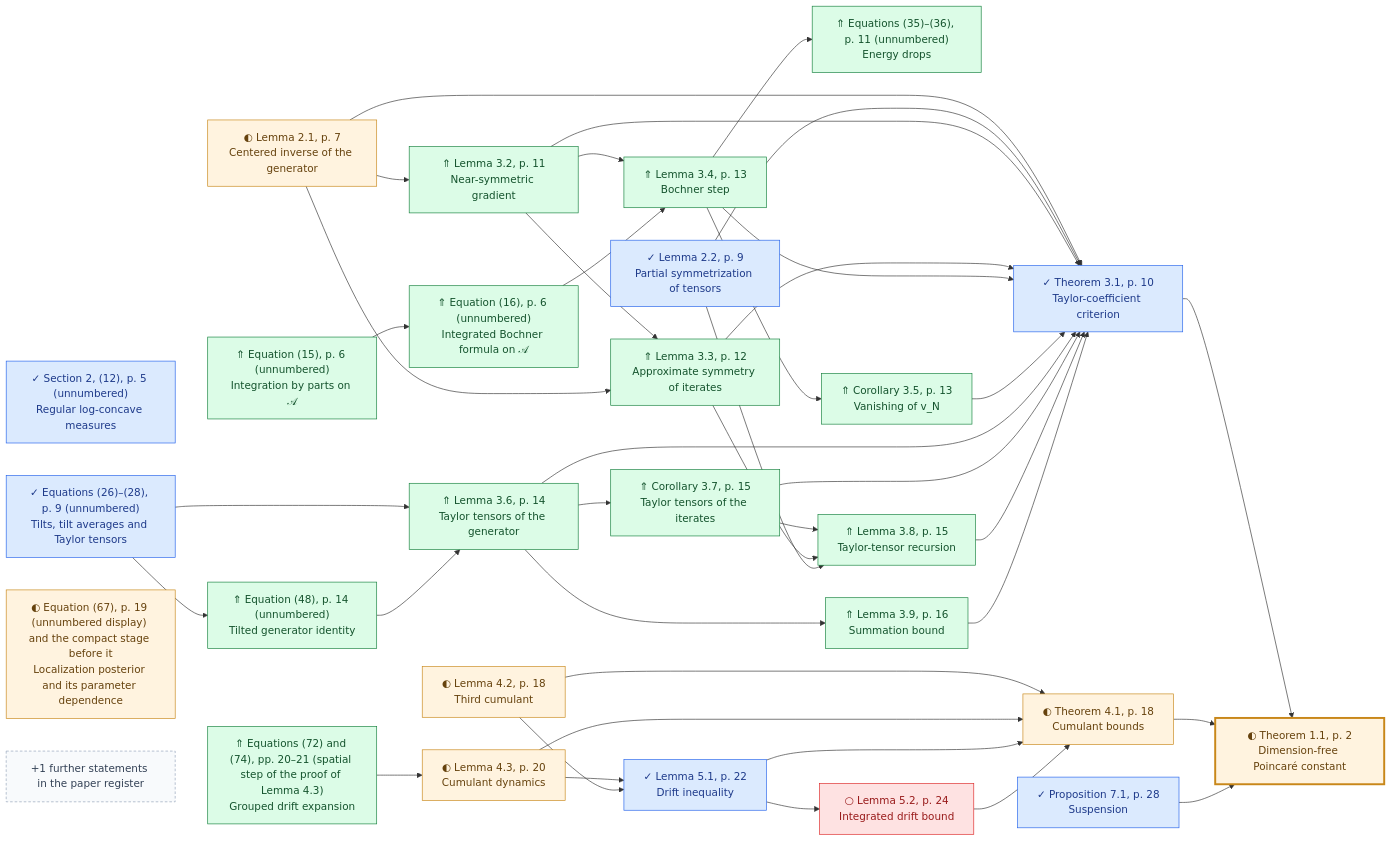
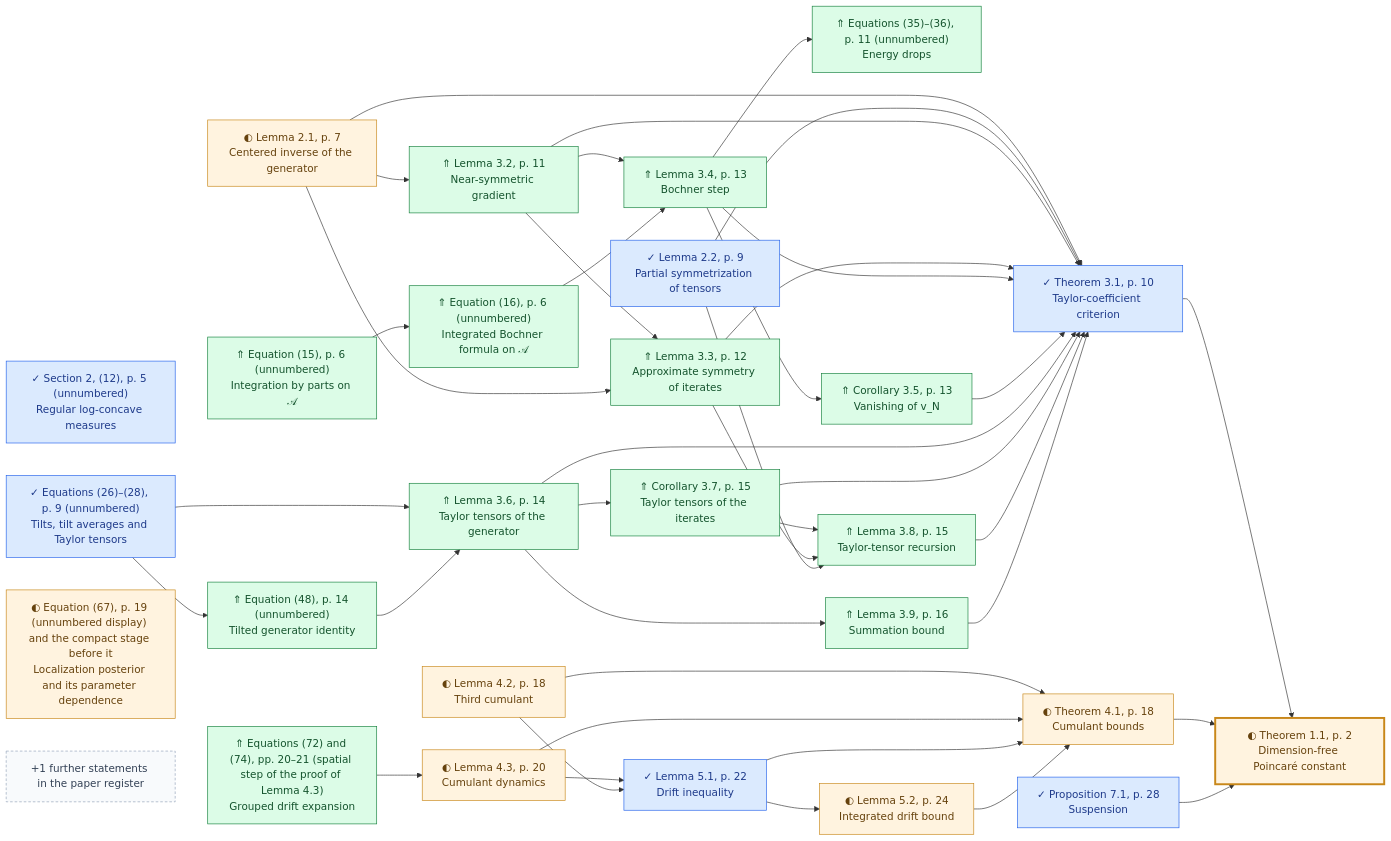
One commit to human-ai-mathematics/kls-lean changed diagram 24 of 26 in research/progress/README.md. Above: the diagram before and after it, drawn with Mermaid. The commit also changed other lines of this file and 13 other files, not shown here.

First line of the commit message:
BKL Claude-controller batch 11: Lemma 5.2 in cutoff form, affine normalisation, Caffarelli start

````diff
--- a/research/progress/README.md
+++ b/research/progress/README.md
@@ -1236,78 +1236,76 @@
 ```mermaid
 flowchart LR
     BKL2026_T11["◐ Theorem 1.1, p. 2<br/>Dimension-free Poincaré constant"]
     BKL2026_L21["◐ Lemma 2.1, p. 7<br/>Centered inverse of the generator"]
     BKL2026_L22["✓ Lemma 2.2, p. 9<br/>Partial symmetrization of tensors"]
     BKL2026_T31["✓ Theorem 3.1, p. 10<br/>Taylor-coefficient criterion"]
     BKL2026_L32["⇑ Lemma 3.2, p. 11<br/>Near-symmetric gradient"]
     BKL2026_EQ3536["⇑ Equations (35)–(36), p. 11 (unnumbered)<br/>Energy drops"]
     BKL2026_L33["⇑ Lemma 3.3, p. 12<br/>Approximate symmetry of iterates"]
     BKL2026_L34["⇑ Lemma 3.4, p. 13<br/>Bochner step"]
     BKL2026_C35["⇑ Corollary 3.5, p. 13<br/>Vanishing of v_N"]
     BKL2026_L36["⇑ Lemma 3.6, p. 14<br/>Taylor tensors of the generator"]
     BKL2026_C37["⇑ Corollary 3.7, p. 15<br/>Taylor tensors of the iterates"]
     BKL2026_L38["⇑ Lemma 3.8, p. 15<br/>Taylor-tensor recursion"]
     BKL2026_L39["⇑ Lemma 3.9, p. 16<br/>Summation bound"]
     BKL2026_T41["◐ Theorem 4.1, p. 18<br/>Cumulant bounds"]
     BKL2026_L42["◐ Lemma 4.2, p. 18<br/>Third cumulant"]
     BKL2026_L43["◐ Lemma 4.3, p. 20<br/>Cumulant dynamics"]
     BKL2026_E7274["⇑ Equations (72) and (74), pp. 20–21 (spatial step of the proof of Lemma 4.3)<br/>Grouped drift expansion"]
     BKL2026_L51["✓ Lemma 5.1, p. 22<br/>Drift inequality"]
-    BKL2026_L52["○ Lemma 5.2, p. 24<br/>Integrated drift bound"]
+    BKL2026_L52["◐ Lemma 5.2, p. 24<br/>Integrated drift bound"]
     BKL2026_P71["✓ Proposition 7.1, p. 28<br/>Suspension"]
     BKL2026_E12["✓ Section 2, (12), p. 5 (unnumbered)<br/>Regular log-concave measures"]
     BKL2026_E2628["✓ Equations (26)–(28), p. 9 (unnumbered)<br/>Tilts, tilt averages and Taylor tensors"]
     BKL2026_EQ15["⇑ Equation (15), p. 6 (unnumbered)<br/>Integration by parts on 𝒜"]
     BKL2026_EQ16["⇑ Equation (16), p. 6 (unnumbered)<br/>Integrated Bochner formula on 𝒜"]
     BKL2026_E48["⇑ Equation (48), p. 14 (unnumbered)<br/>Tilted generator identity"]
     BKL2026_E67["◐ Equation (67), p. 19 (unnumbered display) and the compact stage before it<br/>Localization posterior and its parameter dependence"]
     BKL2026_T31 --> BKL2026_T11
     BKL2026_T41 --> BKL2026_T11
     BKL2026_P71 --> BKL2026_T11
     BKL2026_L21 --> BKL2026_T31
     BKL2026_L22 --> BKL2026_T31
     BKL2026_L32 --> BKL2026_T31
     BKL2026_L33 --> BKL2026_T31
     BKL2026_L34 --> BKL2026_T31
     BKL2026_C35 --> BKL2026_T31
     BKL2026_L36 --> BKL2026_T31
     BKL2026_C37 --> BKL2026_T31
     BKL2026_L38 --> BKL2026_T31
     BKL2026_L39 --> BKL2026_T31
     BKL2026_L21 --> BKL2026_L32
     BKL2026_L34 --> BKL2026_EQ3536
     BKL2026_L32 --> BKL2026_L33
     BKL2026_L21 --> BKL2026_L33
     BKL2026_L32 --> BKL2026_L34
     BKL2026_EQ16 --> BKL2026_L34
     BKL2026_L34 --> BKL2026_C35
     BKL2026_E2628 --> BKL2026_L36
     BKL2026_E48 --> BKL2026_L36
     BKL2026_L36 --> BKL2026_C37
     BKL2026_C37 --> BKL2026_L38
     BKL2026_L33 --> BKL2026_L38
     BKL2026_L22 --> BKL2026_L38
     BKL2026_L36 --> BKL2026_L39
     BKL2026_L42 --> BKL2026_T41
     BKL2026_L43 --> BKL2026_T41
     BKL2026_L51 --> BKL2026_T41
     BKL2026_L52 --> BKL2026_T41
     BKL2026_E7274 --> BKL2026_L43
     BKL2026_L43 --> BKL2026_L51
     BKL2026_L42 --> BKL2026_L51
     BKL2026_L51 --> BKL2026_L52
     BKL2026_EQ15 --> BKL2026_EQ16
     BKL2026_E2628 --> BKL2026_E48
     BKL2026_more["+1 further statements in the paper register"]
     classDef lemma_formalized fill:#dbeafe,stroke:#2563eb,color:#1e3a8a;
     class BKL2026_L22,BKL2026_T31,BKL2026_L51,BKL2026_P71,BKL2026_E12,BKL2026_E2628 lemma_formalized;
     classDef lemma_partial fill:#fff3df,stroke:#c88719,color:#66420d;
-    class BKL2026_T11,BKL2026_L21,BKL2026_T41,BKL2026_L42,BKL2026_L43,BKL2026_E67 lemma_partial;
-    classDef lemma_pending fill:#fee2e2,stroke:#dc2626,color:#991b1b;
-    class BKL2026_L52 lemma_pending;
+    class BKL2026_T11,BKL2026_L21,BKL2026_T41,BKL2026_L42,BKL2026_L43,BKL2026_L52,BKL2026_E67 lemma_partial;
     classDef lemma_improved fill:#dcfce7,stroke:#15803d,color:#14532d;
     class BKL2026_L32,BKL2026_EQ3536,BKL2026_L33,BKL2026_L34,BKL2026_C35,BKL2026_L36,BKL2026_C37,BKL2026_L38,BKL2026_L39,BKL2026_E7274,BKL2026_EQ15,BKL2026_EQ16,BKL2026_E48 lemma_improved;
     style BKL2026_T11 stroke-width:3px
     classDef lemma_more fill:#f8fafc,stroke:#94a3b8,color:#334155,stroke-dasharray:4 3;
     class BKL2026_more lemma_more;
 ```
````
